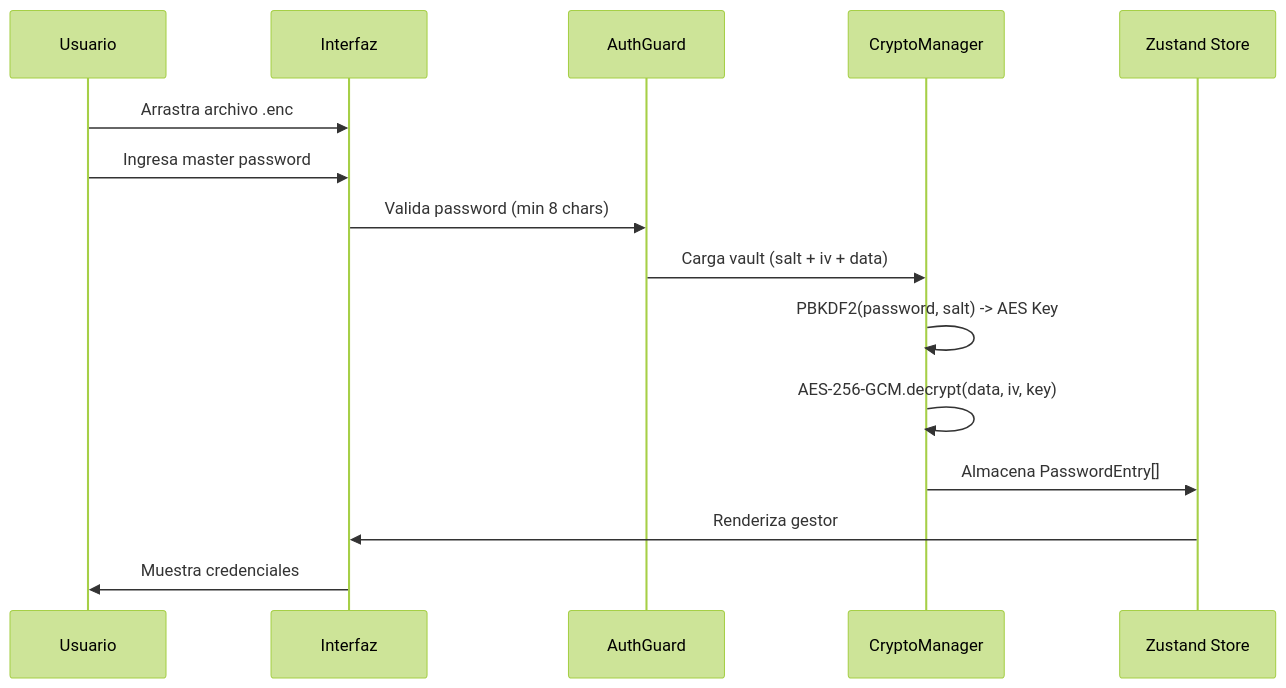
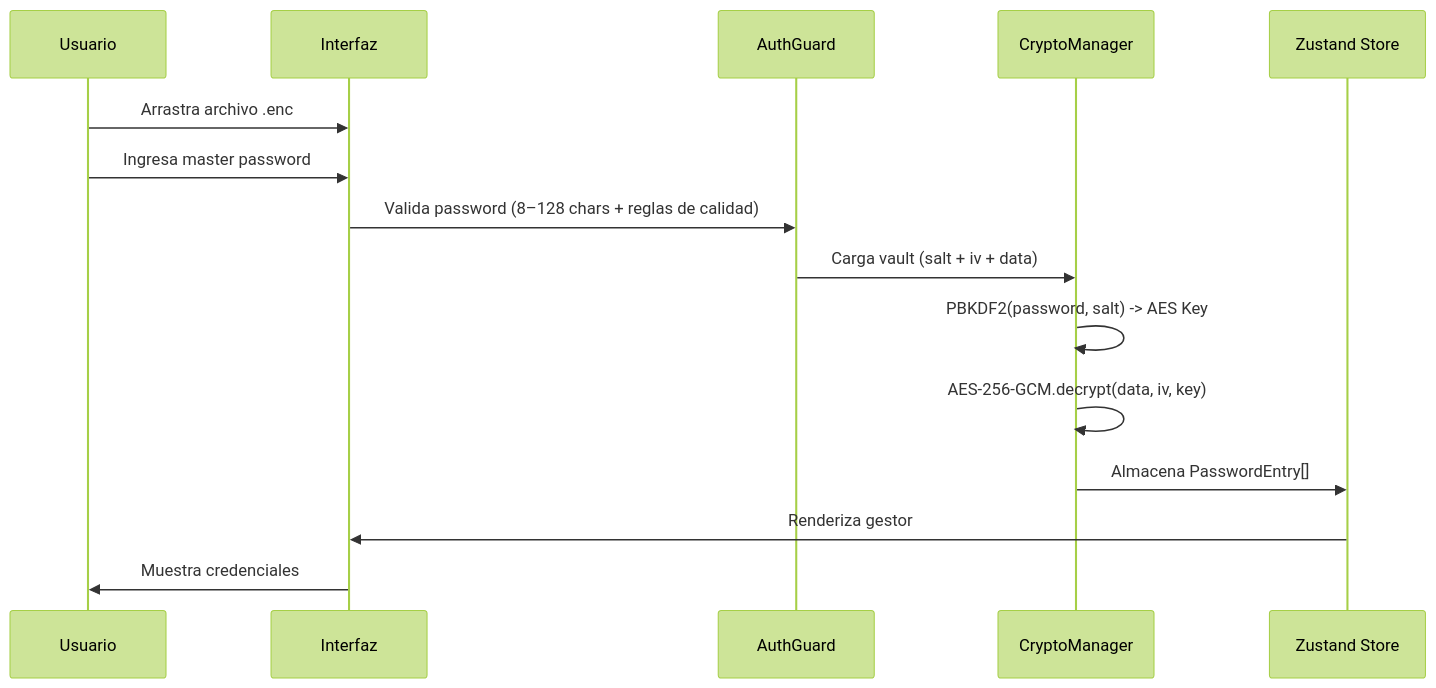
Before and after one commit to GeorgeContreras241/G--ClaveVault: the second of 11 diagrams in docs/DOCUMENTACION_TECNICA.md, drawn with Mermaid (forest theme). The commit also changed other lines of this file and 3 other files, not shown here.

````diff
--- a/docs/DOCUMENTACION_TECNICA.md
+++ b/docs/DOCUMENTACION_TECNICA.md
@@ -220,18 +220,18 @@
 ```mermaid
 sequenceDiagram
     participant U as Usuario
     participant UI as Interfaz
     participant AG as AuthGuard
     participant CM as CryptoManager
     participant ZS as Zustand Store
 
     U->>UI: Arrastra archivo .enc
     U->>UI: Ingresa master password
-    UI->>AG: Valida password (min 8 chars)
+    UI->>AG: Valida password (8–128 chars + reglas de calidad)
     AG->>CM: Carga vault (salt + iv + data)
     CM->>CM: PBKDF2(password, salt) -> AES Key
     CM->>CM: AES-256-GCM.decrypt(data, iv, key)
     CM->>ZS: Almacena PasswordEntry[]
     ZS->>UI: Renderiza gestor
     UI->>U: Muestra credenciales
 ```
````
